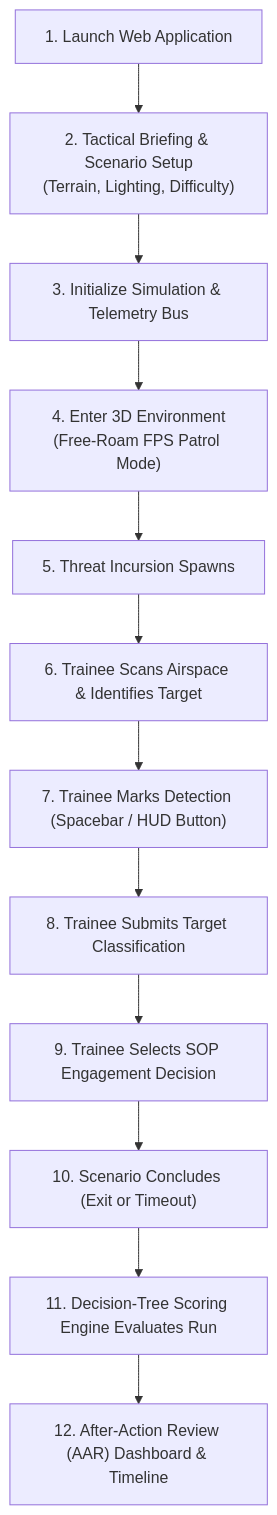
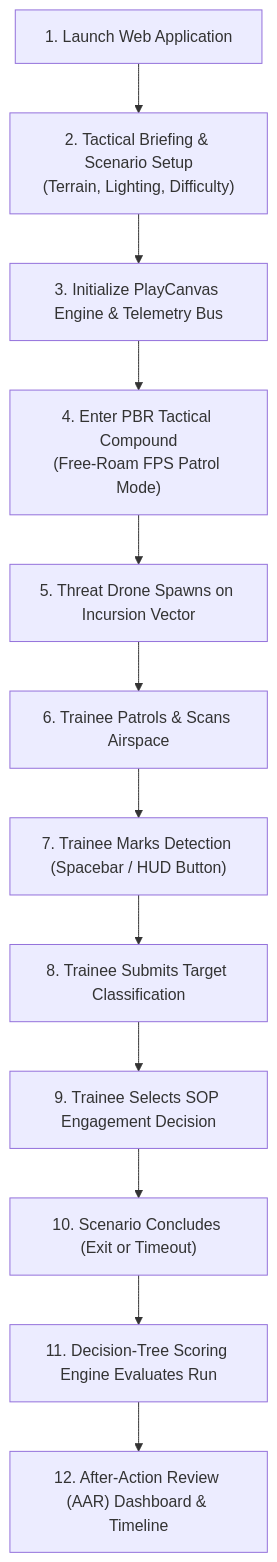
Before and after one commit to Subho4531/Project-Interceptor: the second of 2 diagrams in docs/PRD.md, drawn with Mermaid. The commit also changed other lines of this file and 15 other files, not shown here.

Commit message:
feat: adopt PlayCanvas WebGL/WebGPU engine architecture for Unreal-grade browser realism

````diff
--- a/docs/PRD.md
+++ b/docs/PRD.md
@@ -68,14 +46,14 @@
 ```mermaid
 flowchart TD
     Launch["1. Launch Web Application"] --> Briefing["2. Tactical Briefing & Scenario Setup<br/>(Terrain, Lighting, Difficulty)"]
-    Briefing --> LoadSim["3. Initialize Simulation & Telemetry Bus"]
-    LoadSim --> Enter3D["4. Enter 3D Environment<br/>(Free-Roam FPS Patrol Mode)"]
-    Enter3D --> SpawnDrone["5. Threat Incursion Spawns"]
-    SpawnDrone --> Observe["6. Trainee Scans Airspace & Identifies Target"]
-    Observe --> Detect["7. Trainee Marks Detection (Spacebar / HUD Button)"]
-    Detect --> Classify["8. Trainee Submits Target Classification"]
+    Briefing --> InitPlayCanvas["3. Initialize PlayCanvas Engine & Telemetry Bus"]
+    InitPlayCanvas --> EnterCompound["4. Enter PBR Tactical Compound<br/>(Free-Roam FPS Patrol Mode)"]
+    EnterCompound --> ThreatSpawns["5. Threat Drone Spawns on Incursion Vector"]
+    ThreatSpawns --> ScanAirspace["6. Trainee Patrols & Scans Airspace"]
+    ScanAirspace --> MarkDetect["7. Trainee Marks Detection (Spacebar / HUD Button)"]
+    MarkDetect --> Classify["8. Trainee Submits Target Classification"]
     Classify --> Engage["9. Trainee Selects SOP Engagement Decision"]
     Engage --> EndSim["10. Scenario Concludes (Exit or Timeout)"]
     EndSim --> CalcScore["11. Decision-Tree Scoring Engine Evaluates Run"]
     CalcScore --> AAR["12. After-Action Review (AAR) Dashboard & Timeline"]
 ```
````
